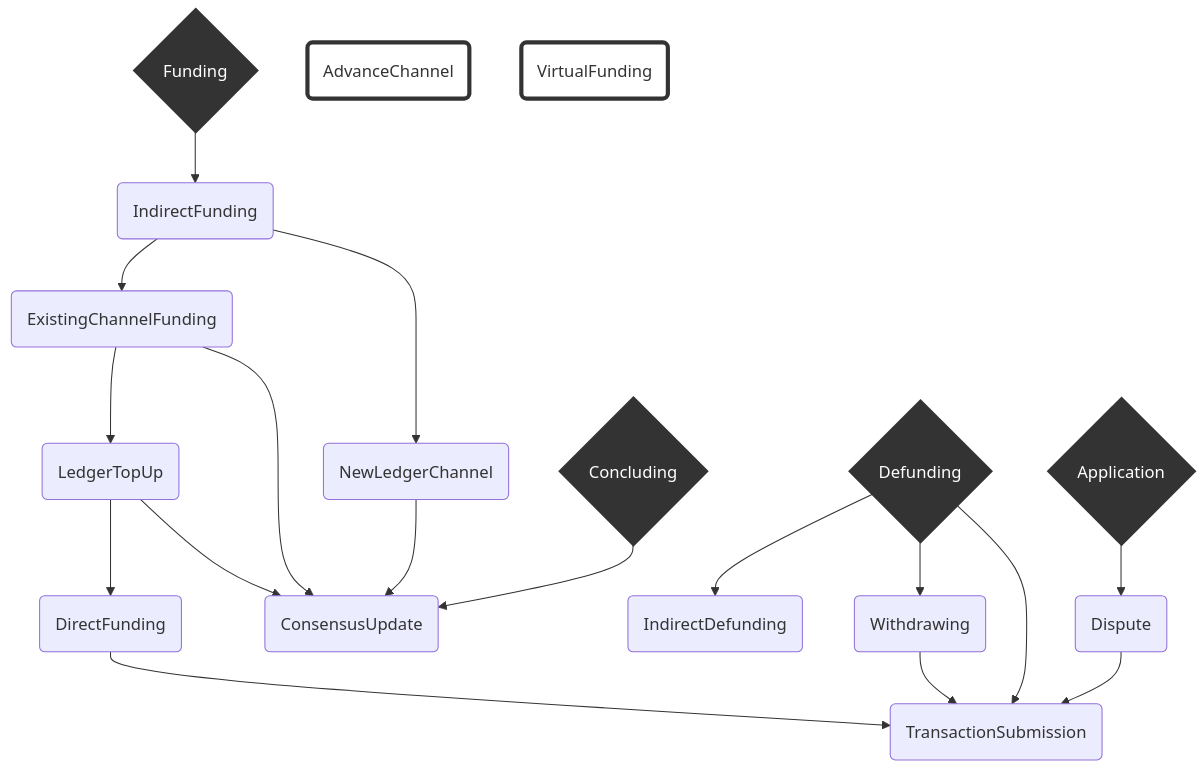
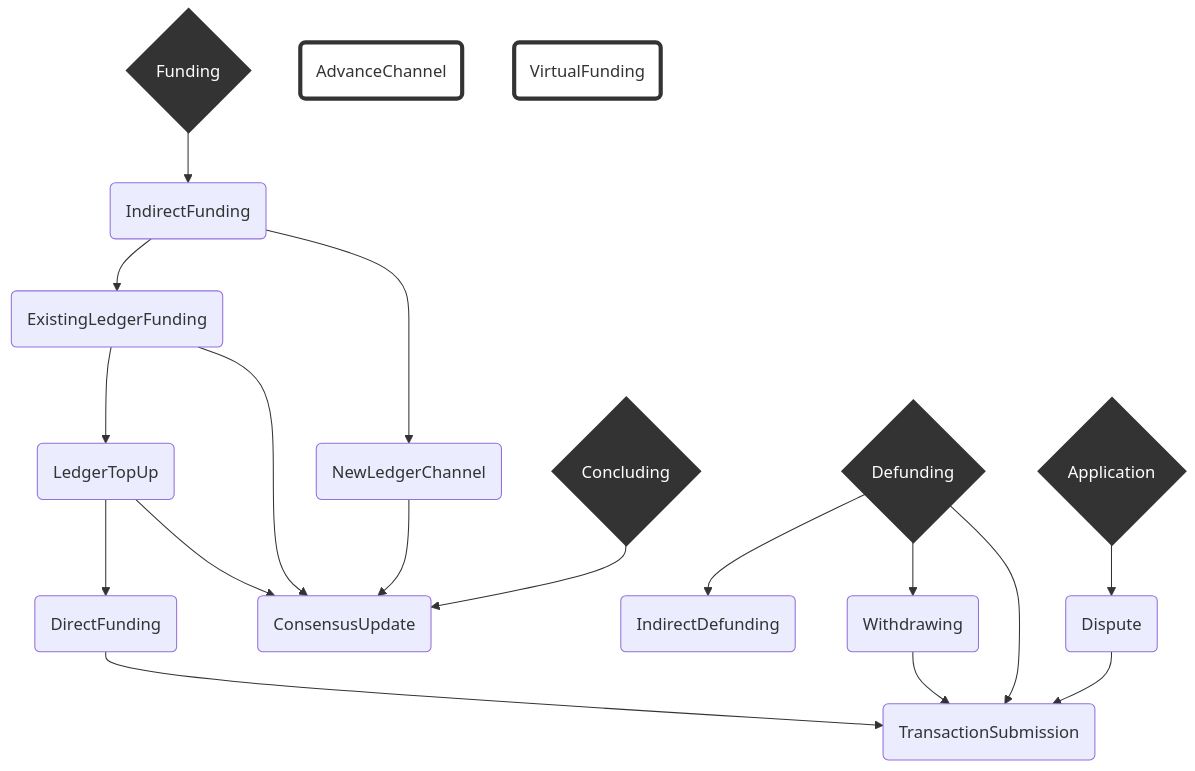
Before and after one commit to magmo/apps: the diagram in packages/wallet/notes/index.md, drawn with Mermaid. The commit also changed other lines of this file, not shown here.

Commit message:
Renaming in notes

````diff
--- a/packages/wallet/notes/index.md
+++ b/packages/wallet/notes/index.md
@@ -31,46 +31,46 @@
 ```mermaid
 graph TD
   linkStyle default interpolate basis
 
     A{Application}--> D
     F{Funding}--> idF(IndirectFunding)
 
     D(Dispute)--> TS
 
 
     C{Concluding}-->CU(ConsensusUpdate)
 
-    idF -->  ECF(ExistingChannelFunding)
+    idF -->  ECF(ExistingLedgerFunding)
     idF --> NLC(NewLedgerChannel)
 
     NLC --> CU(ConsensusUpdate)
 
     ECF --> LTU(LedgerTopUp)
     ECF --> CU(ConsensusUpdate)
     LTU --> CU(ConsensusUpdate)
 
     Df{Defunding}-->idDf(IndirectDefunding)
     Df-->W(Withdrawing)
 
     Df-->TS(TransactionSubmission)
 
     W-->TS
 
     AC(AdvanceChannel)
 
     LTU-->DF(DirectFunding)
 
     DF-->TS
 
 
     VF(VirtualFunding)
 
     classDef TopLevelProtocol stroke:#333,stroke-width:4px,color:#ffff,fill:#333;
 
     classDef OrphanProtocol stroke:#333,stroke-width:4px,fill:#0000;
 
     class A,F,C,Df TopLevelProtocol
     class AC,PC,VF OrphanProtocol
 
 
 ```
````
